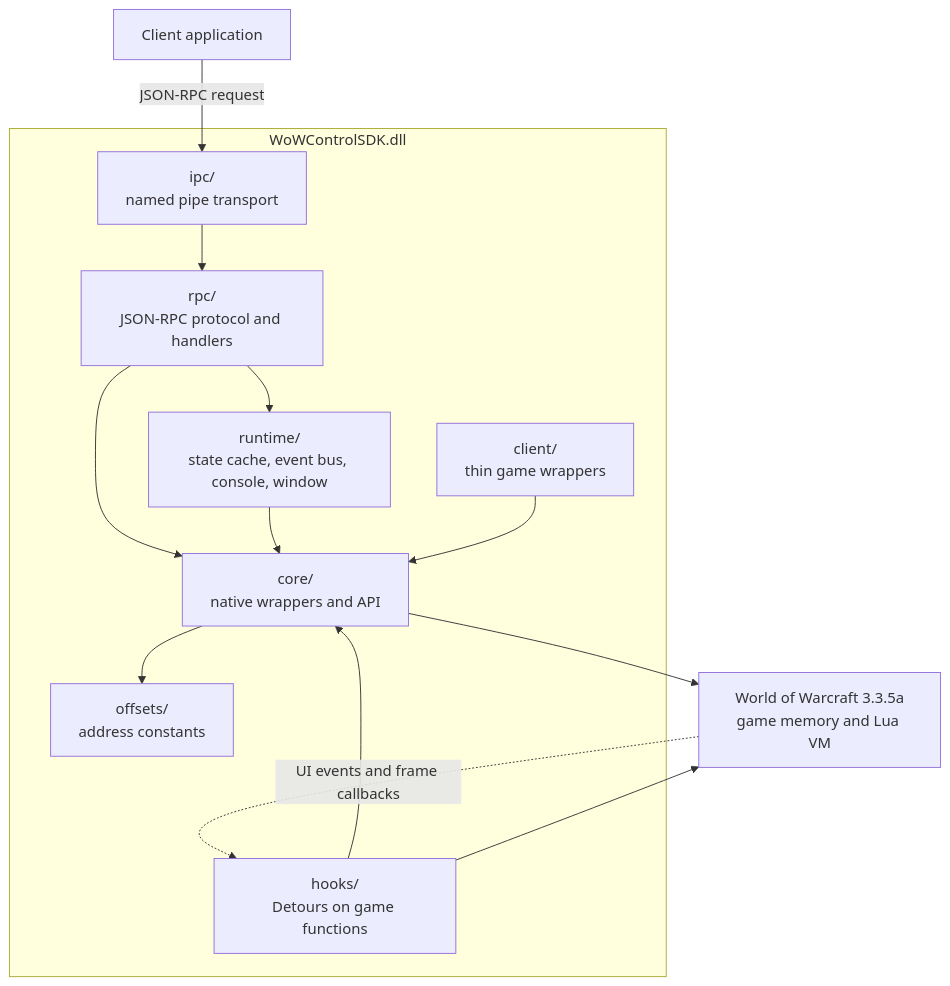
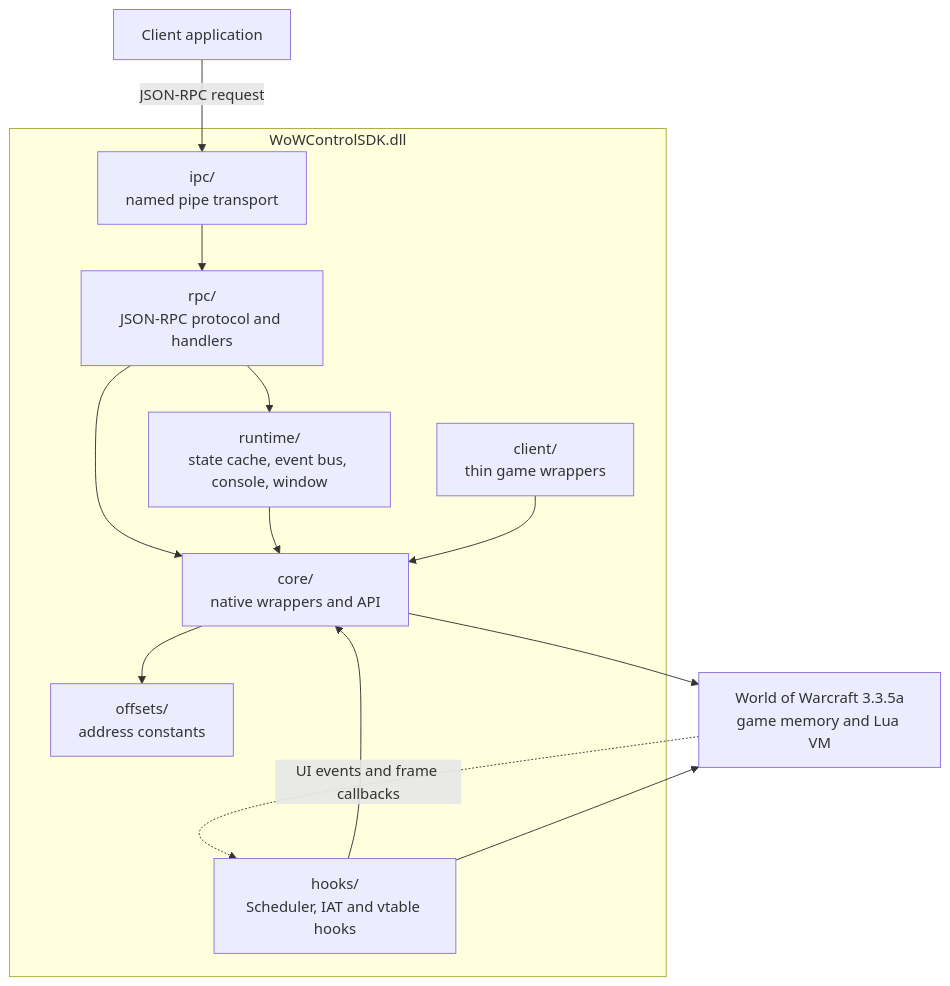
One commit to Zerik-Official/WoWControlSDK changed the second of 4 diagrams in docs/en/architecture.md. Above: the diagram before and after it, drawn with Mermaid. The commit also changed other lines of this file, not shown here.

Commit message:
docs(architecture): describe hooks without code patches

````diff
--- a/docs/en/architecture.md
+++ b/docs/en/architecture.md
@@ -29,26 +29,26 @@
 ```mermaid
 flowchart TD
     app["Client application"]
 
     subgraph dll["WoWControlSDK.dll"]
         ipc["ipc/<br/>named pipe transport"]
         rpc["rpc/<br/>JSON-RPC protocol and handlers"]
         runtime["runtime/<br/>state cache, event bus, console, window"]
-        hooks["hooks/<br/>Detours on game functions"]
+        hooks["hooks/<br/>Scheduler, IAT and vtable hooks"]
         client["client/<br/>thin game wrappers"]
         core["core/<br/>native wrappers and API"]
         offsets["offsets/<br/>address constants"]
     end
 
     app -- "JSON-RPC request" --> ipc
     ipc --> rpc
     rpc --> runtime
     rpc --> core
     runtime --> core
     hooks --> core
     client --> core
     core --> offsets
     core --> wow["World of Warcraft 3.3.5a<br/>game memory and Lua VM"]
     hooks --> wow
     wow -. "UI events and frame callbacks" .-> hooks
 ```
````
